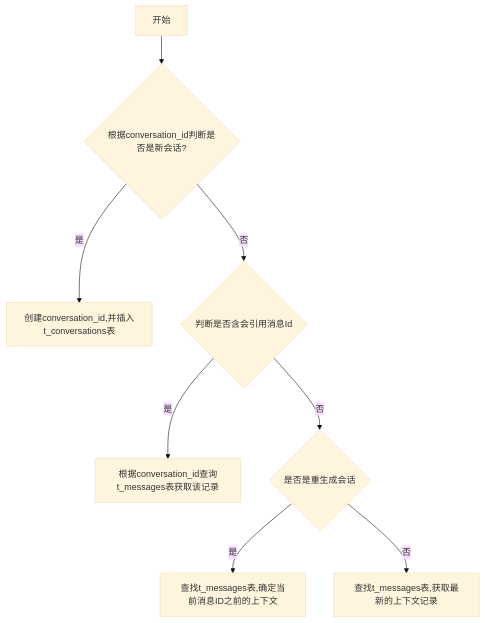
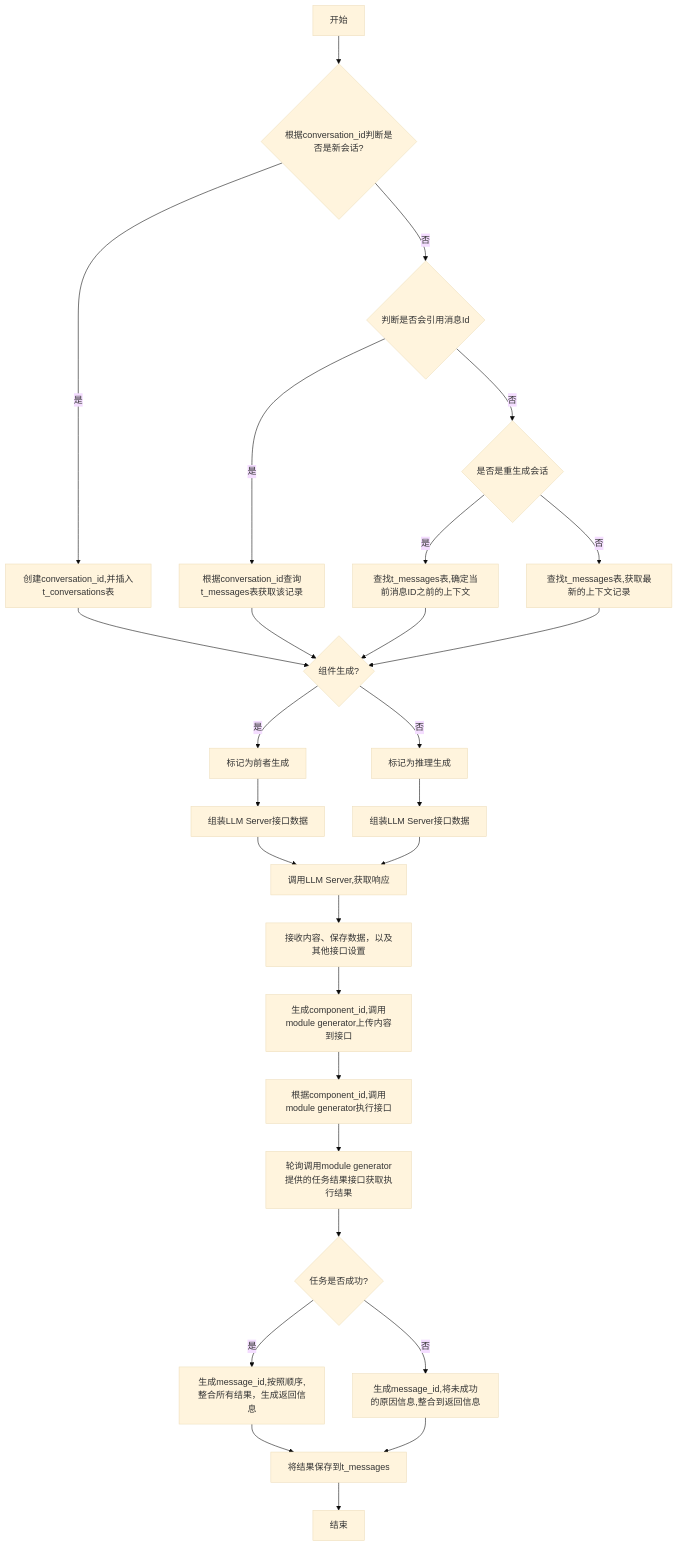
Before and after one commit to yingjianzh/iodraw-files: the diagram in all/未命名-7.md, drawn with Mermaid (base theme).

Commit message:
2024-10-12 14:21:43 update

````diff
--- a/all/未命名-7.md
+++ b/all/未命名-7.md
@@ -1,13 +1,31 @@
 ```mermaid
 flowchart TD
     A[开始] --> B{根据conversation_id判断是否是新会话?}
     B -- 是 --> C[创建conversation_id,并插入t_conversations表]
-    B -- 否 --> D{判断是否含会引用消息Id}
+    B -- 否 --> D{判断是否会引用消息Id}
     D -- 是 --> E[根据conversation_id查询t_messages表获取该记录]
     D -- 否 --> F{是否是重生成会话}
     F -- 是 --> G[查找t_messages表,确定当前消息ID之前的上下文]
     F -- 否 --> H[查找t_messages表,获取最新的上下文记录]
 
-    
+    C & E & G & H --> I{组件生成?}
+    I -- 是 --> J[标记为前者生成]
+    I -- 否 --> K[标记为推理生成]
+
+    J --> L[组装LLM Server接口数据]
+    K --> M[组装LLM Server接口数据]
+    L & M --> N[调用LLM Server,获取响应]
+    N --> O[接收内容、保存数据，以及其他接口设置]
+
+    O --> P[生成component_id,调用module generator上传内容到接口]
+    P --> Q[根据component_id,调用module generator执行接口]
+    Q --> R[轮询调用module generator提供的任务结果接口获取执行结果]
+
+    R --> S{任务是否成功?}
+    S -- 是 --> T[生成message_id,按照顺序,整合所有结果，生成返回信息]
+    S -- 否 --> U[生成message_id,将未成功的原因信息,整合到返回信息]
+
+    T & U --> V[将结果保存到t_messages]
+    V --> W[结束]
 
 ```
````
